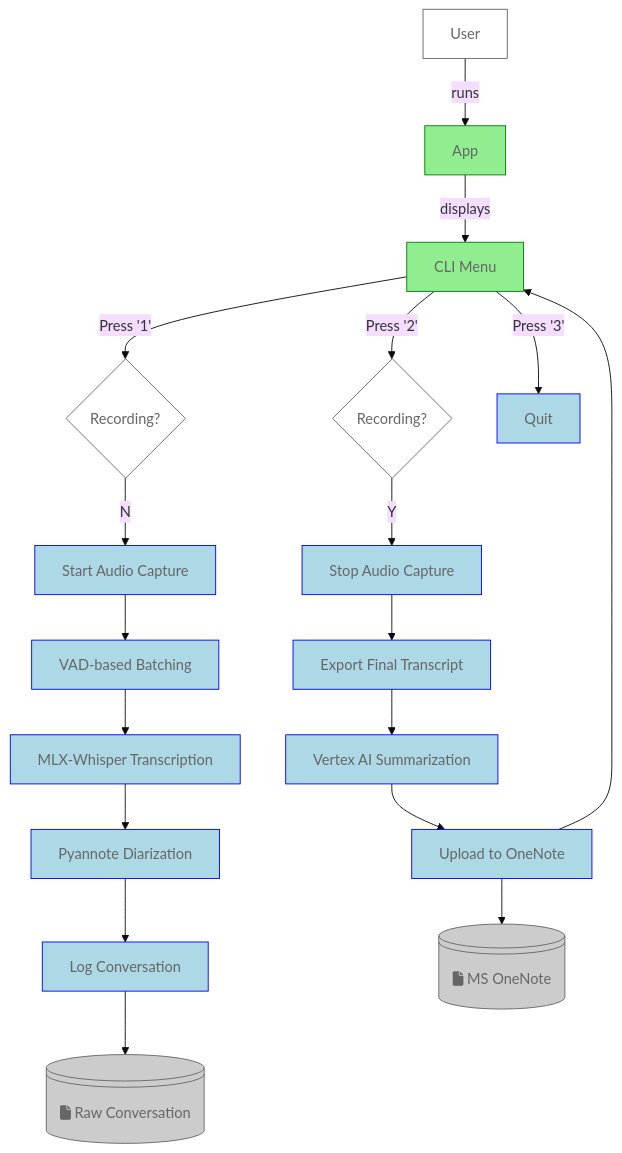
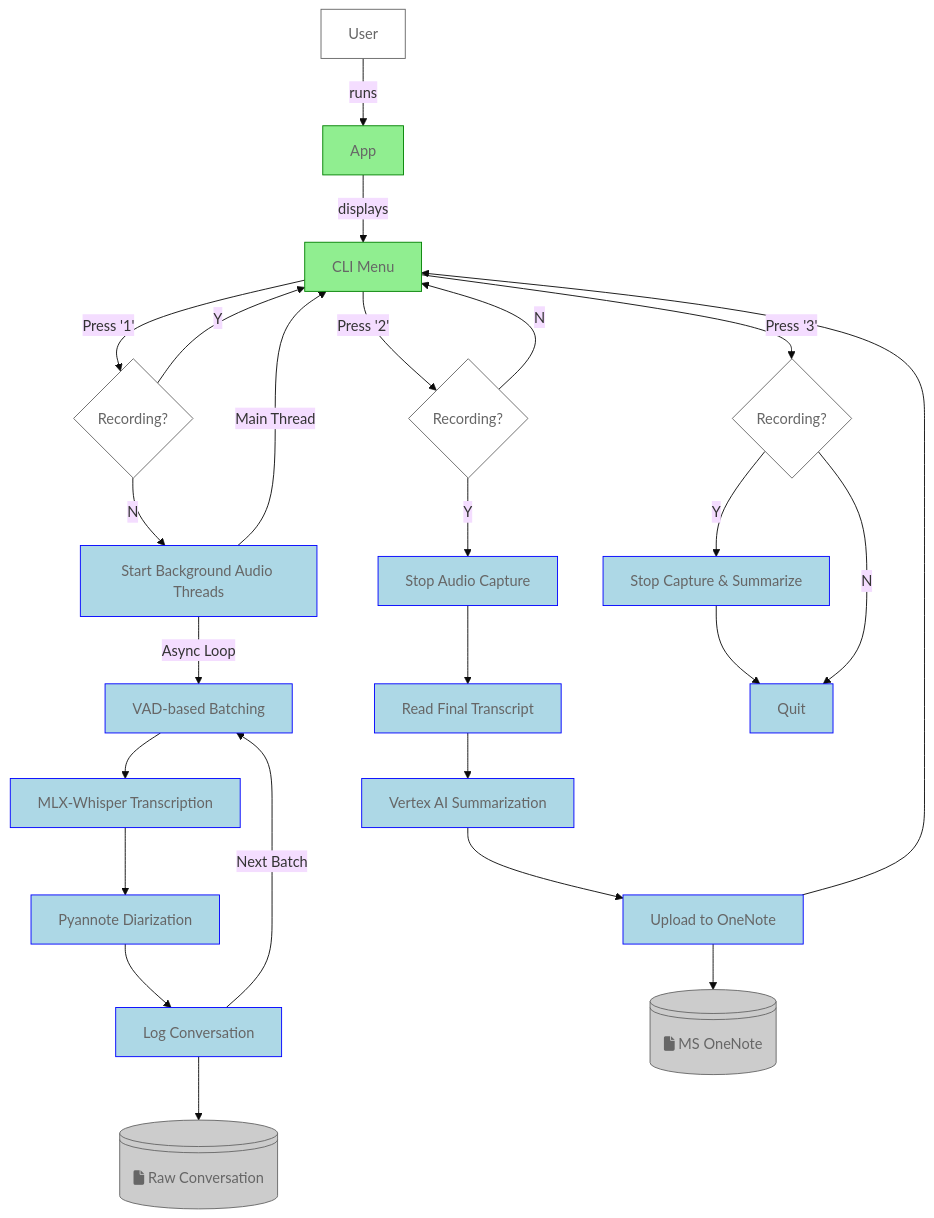
The diagram in README.md (choonchernlim/you-talk-too-much-app), drawn with Mermaid (base theme) before and after one commit.

Commit message:
feat: update flowchart in README for clarity and improved functionality

````diff
--- a/README.md
+++ b/README.md
@@ -26,46 +26,53 @@
 ```mermaid
 flowchart TD
    A[User]:::defClass
    APP[App]:::appClass
    MENU[CLI Menu]:::appClass
 
-   STEP1A[Start Audio Capture]:::toolClass
+   STEP1A[Start Background Audio Threads]:::toolClass
    STEP1B[VAD-based Batching]:::toolClass
    STEP1C[MLX-Whisper Transcription]:::toolClass
    STEP1D[Pyannote Diarization]:::toolClass
    STEP1E[Log Conversation]:::toolClass
 
    STEP2A[Stop Audio Capture]:::toolClass
-   STEP2B[Export Final Transcript]:::toolClass
+   STEP2B[Read Final Transcript]:::toolClass
    STEP2C[Vertex AI Summarization]:::toolClass
    STEP2D[Upload to OneNote]:::toolClass
 
    FILESYSTEM:::artifactClass@{ shape: lin-cyl, label: "fa:fa-file Raw Conversation" }
    ONENOTE:::artifactClass@{ shape: lin-cyl, label: "fa:fa-file MS OneNote" }
 
    A -- runs --> APP
    APP -- displays --> MENU
 
    MENU -- Press '1' --> DEC1{Recording?}:::defClass
+   DEC1 -- Y --> MENU
    DEC1 -- N --> STEP1A
-   STEP1A --> STEP1B
+   STEP1A -- Main Thread --> MENU
+   STEP1A -- Async Loop --> STEP1B
    STEP1B --> STEP1C
    STEP1C --> STEP1D
    STEP1D --> STEP1E
    STEP1E --> FILESYSTEM
+   STEP1E -- Next Batch --> STEP1B
 
    MENU -- Press '2' --> DEC2{Recording?}:::defClass
+   DEC2 -- N --> MENU
    DEC2 -- Y --> STEP2A
    STEP2A --> STEP2B
    STEP2B --> STEP2C
    STEP2C --> STEP2D
    STEP2D --> ONENOTE
    STEP2D --> MENU
 
-   MENU -- Press '3' --> STEP3A[Quit]:::toolClass
+   MENU -- Press '3' --> DEC3{Recording?}:::defClass
+   DEC3 -- Y --> STEP3_STOP[Stop Capture & Summarize]:::toolClass
+   STEP3_STOP --> STEP3A[Quit]:::toolClass
+   DEC3 -- N --> STEP3A
 
    classDef defClass fill:#FFFFFF,stroke:#666666,color:#666666
    classDef appClass fill:lightgreen,stroke:green,color:#666666
    classDef toolClass fill:lightblue,stroke:blue,color:#666666
    classDef artifactClass fill:#CCCCCC,stroke:#666666,color:#666666
 ```
````
